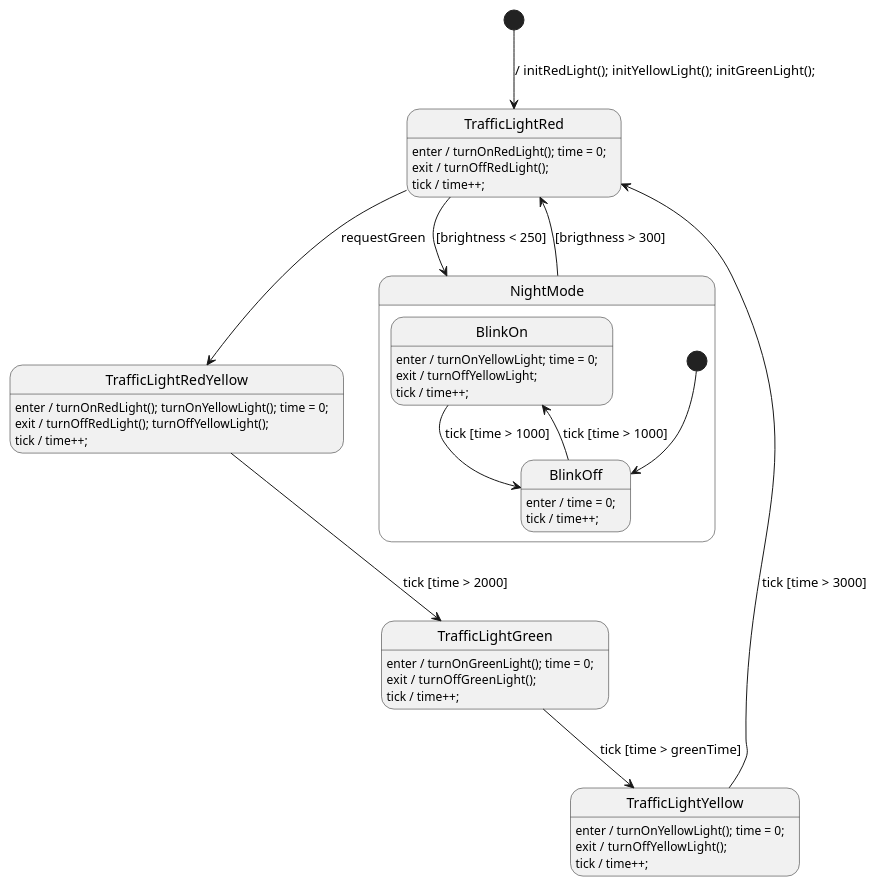
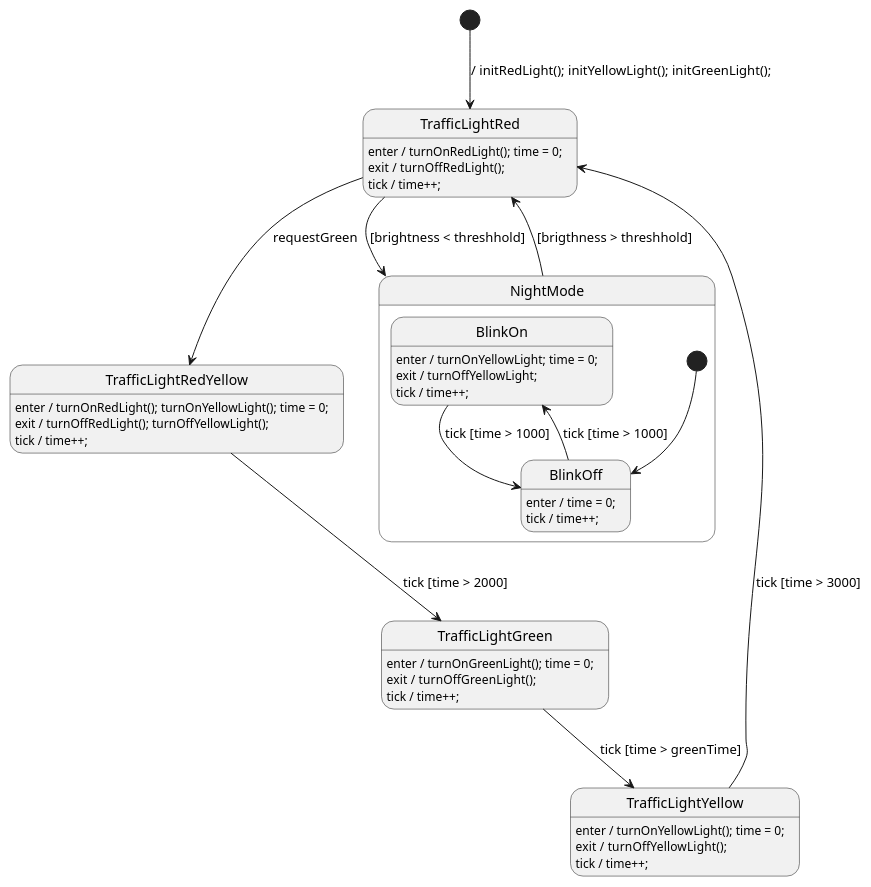
Before and after one commit to valentin-haub/esp32-traffic-light-management-system: the diagram in State_machine/TrafficLight.plantuml, drawn with PlantUML.

Commit message:
Schwellwert für Lichwert dynamisch gemacht

```diff
--- a/State_machine/TrafficLight.plantuml
+++ b/State_machine/TrafficLight.plantuml
@@ -1,93 +1,94 @@
 @startuml TrafficLight
 
 ' //////////////////////// STATE ORGANIZATION ///////////////////////
 ' Note: StateSmith treats state names and events as case insensitive.
 ' More info: https://github.com/StateSmith/StateSmith/wiki/PlantUML
 
 state TrafficLightRed
 state TrafficLightRedYellow
 state TrafficLightGreen
 state TrafficLightYellow
 
 state NightMode {
     state BlinkOn
     state BlinkOff
 
     [*] --> BlinkOff
 
     ' BlinkOff
     BlinkOff: enter / time = 0;
     BlinkOff: tick / time++;
     BlinkOff --> BlinkOn : tick [time > 1000]
 
     ' BlinkOn
     BlinkOn: enter / turnOnYellowLight; time = 0;
     BlinkOn: exit / turnOffYellowLight;
     BlinkOn: tick / time++;
     BlinkOn --> BlinkOff : tick [time > 1000]
 }
 
 
 ' ///////////////////////// STATE HANDLERS /////////////////////////
 ' Syntax: https://github.com/StateSmith/StateSmith/wiki/Behaviors
 
 [*] --> TrafficLightRed : / initRedLight(); initYellowLight(); initGreenLight();
 
 ' TrafficLightRed
 TrafficLightRed: enter / turnOnRedLight(); time = 0;
 TrafficLightRed: exit  / turnOffRedLight();
 TrafficLightRed: tick / time++;
 TrafficLightRed --> TrafficLightRedYellow : requestGreen
-TrafficLightRed --> NightMode : [brightness < 250]
+TrafficLightRed --> NightMode : [brightness < threshhold]
 
 ' TrafficLightRedYellow
 TrafficLightRedYellow: enter / turnOnRedLight(); turnOnYellowLight(); time = 0;
 TrafficLightRedYellow: exit / turnOffRedLight(); turnOffYellowLight();
 TrafficLightRedYellow: tick / time++;
 TrafficLightRedYellow --> TrafficLightGreen : tick [time > 2000]
 
 ' TrafficLightGreen
 TrafficLightGreen: enter / turnOnGreenLight(); time = 0;
 TrafficLightGreen: exit  / turnOffGreenLight();
 TrafficLightGreen: tick / time++;
 TrafficLightGreen --> TrafficLightYellow : tick [time > greenTime]
 
 ' TrafficLightYellow
 TrafficLightYellow: enter / turnOnYellowLight(); time = 0;
 TrafficLightYellow: exit  / turnOffYellowLight();
 TrafficLightYellow: tick / time++;
 TrafficLightYellow --> TrafficLightRed : tick [time > 3000]
 
 ' NightMode
-NightMode --> TrafficLightRed : [brigthness > 300]
+NightMode --> TrafficLightRed : [brigthness > threshhold]
 
 
 ' //////////////////////// StateSmith config ////////////////////////
 ' The below special comment block sets the StateSmith configuration.
 ' More info: https://github.com/StateSmith/StateSmith/issues/335
 
 /'! $CONFIG : toml
 
 [RenderConfig]
 FileTop = """
     """
 AutoExpandedVars = """
     uint16_t time;
-    uint16_t greenTime
+    uint16_t greenTime;
     uint16_t brightness;
+    uint16_t threshold;
     """
 
 [RenderConfig.C]
 CFileExtension = ".cpp"
 HFileExtension = ".hpp"
 HFileIncludes = """
     #include <stdint.h> // for time var
     """
 CFileIncludes = """
     #include "driver.hpp"
     """
 
 [SmRunnerSettings]
 transpilerId = "C99"
 '/
 @enduml
```
